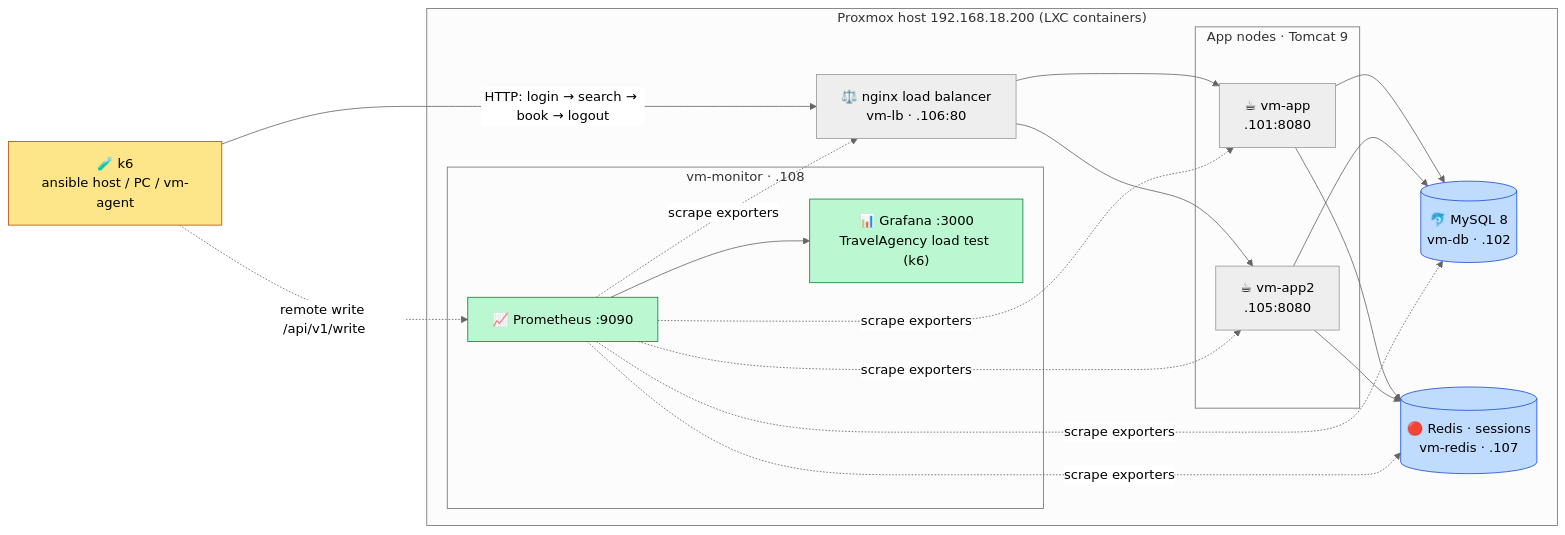
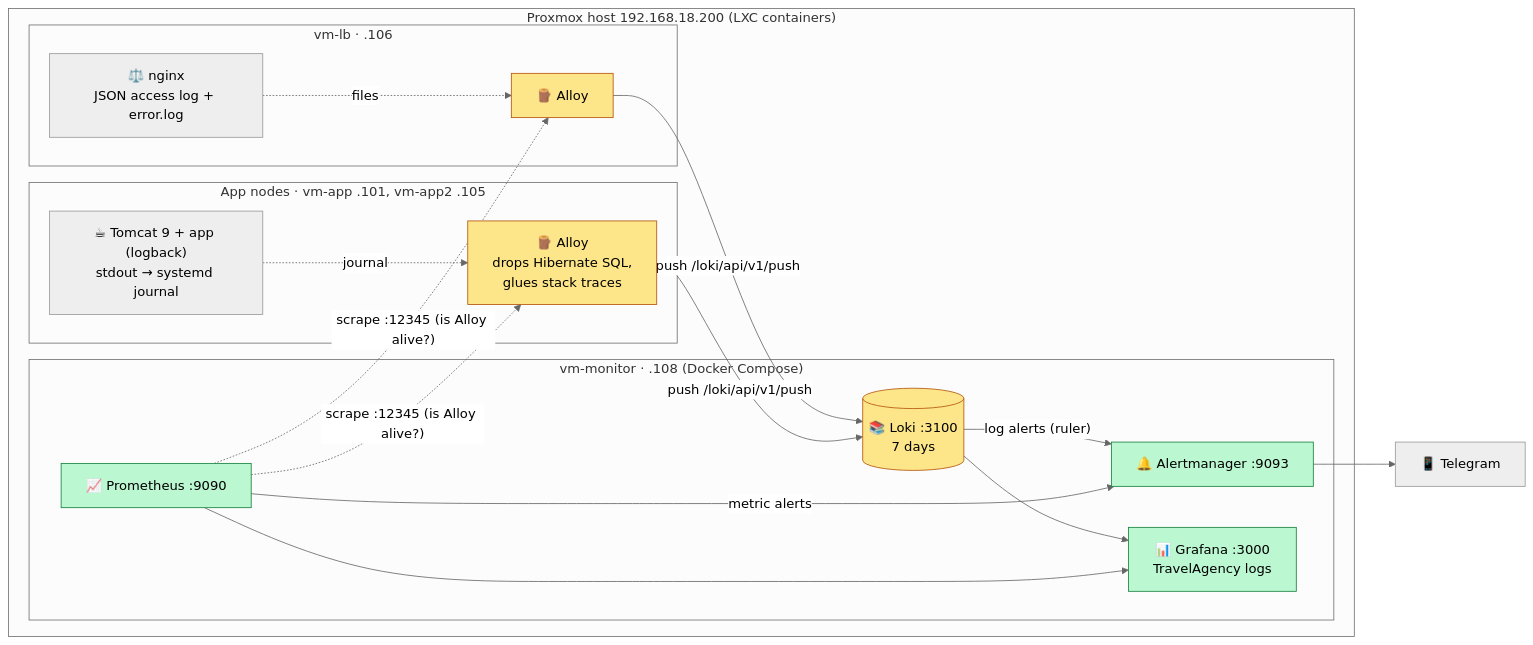
Before and after one commit to nazariybu/travelagency: the diagram in README.md, drawn with Mermaid (neutral theme). The commit also changed other lines of this file and 14 other files, not shown here.

First line of the commit message:
feat(logging): Implement centralized logging with Loki and Grafana Alloy

````diff
--- a/README.md
+++ b/README.md
@@ -7,36 +9,38 @@
 ```mermaid
 flowchart LR
-  k6["🧪 k6<br/>ansible host / PC / vm-agent"]
-
   subgraph px["Proxmox host 192.168.18.200 (LXC containers)"]
-    lb["⚖️ nginx load balancer<br/>vm-lb · .106:80"]
-
-    subgraph app["App nodes · Tomcat 9"]
-      a1["☕ vm-app<br/>.101:8080"]
-      a2["☕ vm-app2<br/>.105:8080"]
+    subgraph lb["vm-lb · .106"]
+      nginx["⚖️ nginx<br/>JSON access log + error.log"]
+      al1["🪵 Alloy"]
     end
 
-    db[("🐬 MySQL 8<br/>vm-db · .102")]
-    redis[("🔴 Redis · sessions<br/>vm-redis · .107")]
+    subgraph app["App nodes · vm-app .101, vm-app2 .105"]
+      tc["☕ Tomcat 9 + app (logback)<br/>stdout → systemd journal"]
+      al2["🪵 Alloy<br/>drops Hibernate SQL,<br/>glues stack traces"]
+    end
 
-    subgraph mon["vm-monitor · .108"]
+    subgraph mon["vm-monitor · .108 (Docker Compose)"]
+      loki[("📚 Loki :3100<br/>7 days")]
       prom["📈 Prometheus :9090"]
-      graf["📊 Grafana :3000<br/>TravelAgency load test (k6)"]
+      am["🔔 Alertmanager :9093"]
+      graf["📊 Grafana :3000<br/>TravelAgency logs"]
     end
   end
 
-  k6 -- "HTTP: login → search → book → logout" --> lb
-  lb --> a1 & a2
-  a1 & a2 --> db
-  a1 & a2 --> redis
-  k6 -. "remote write /api/v1/write" .-> prom
-  prom -. "scrape exporters" .-> lb & a1 & a2 & db & redis
+  tg["📱 Telegram"]
+
+  nginx -. files .-> al1
+  tc -. journal .-> al2
+  al1 & al2 -- "push /loki/api/v1/push" --> loki
+  loki --> graf
   prom --> graf
+  loki -- "log alerts (ruler)" --> am
+  prom -- "metric alerts" --> am
+  am --> tg
+  prom -. "scrape :12345 (is Alloy alive?)" .-> al1 & al2
 
-  classDef load fill:#fde68a,stroke:#b45309,color:#000
-  classDef data fill:#bfdbfe,stroke:#1d4ed8,color:#000
+  classDef logs fill:#fde68a,stroke:#b45309,color:#000
   classDef obs fill:#bbf7d0,stroke:#15803d,color:#000
-  class k6 load
-  class db,redis data
-  class prom,graf obs
+  class al1,al2,loki logs
+  class prom,graf,am obs
 ```
````
